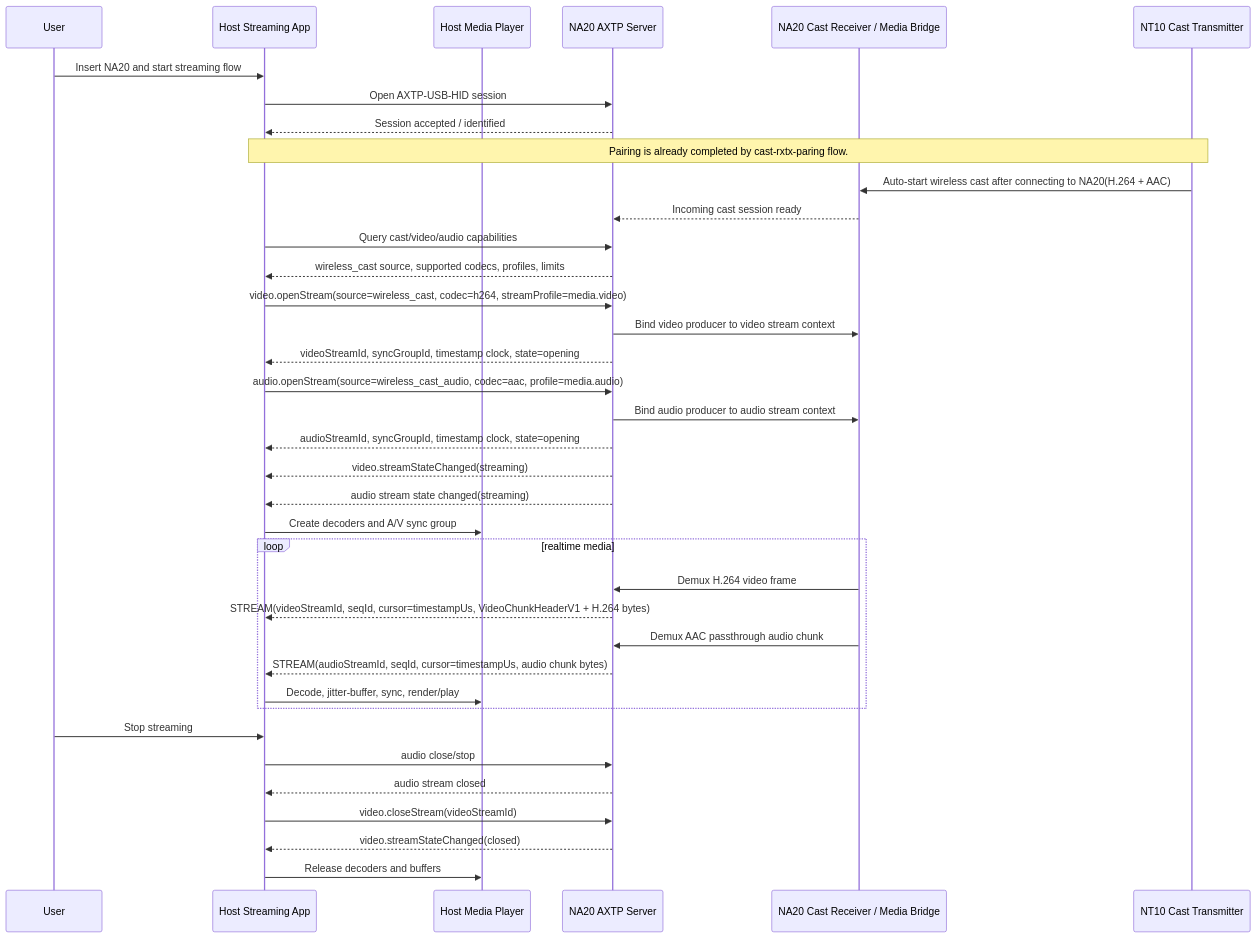
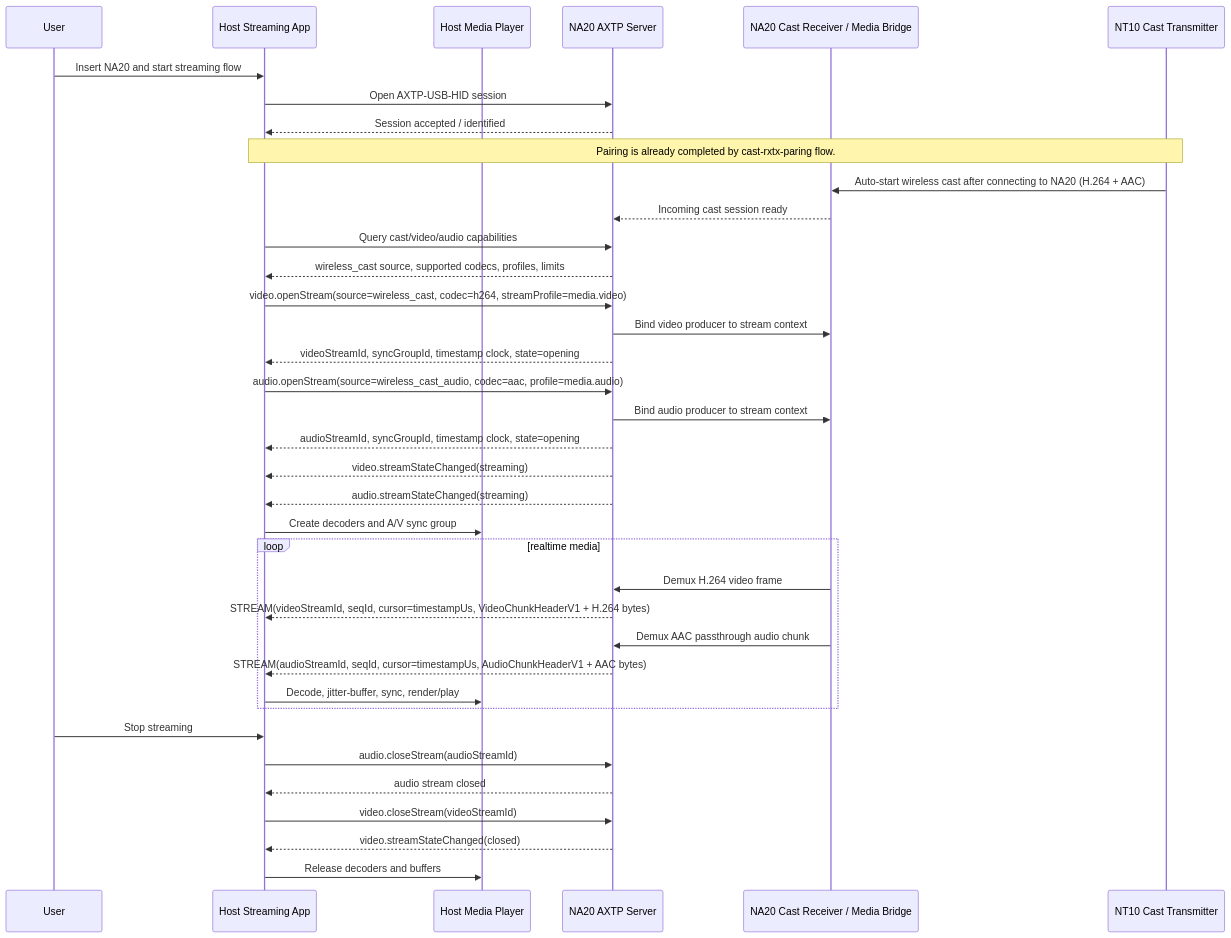
Before and after one commit to Mostorm-Labs/axtp: the diagram in docs/flows/device-streaming-audio-video.md, drawn with Mermaid. The commit also changed other lines of this file and 6 other files, not shown here.

Commit message:
docs: update flow plans to new template

````diff
--- a/docs/flows/device-streaming-audio-video.md
+++ b/docs/flows/device-streaming-audio-video.md
@@ -78,47 +117,47 @@
 ```mermaid
 sequenceDiagram
     participant User
     participant Host as Host Streaming App
     participant Player as Host Media Player
     participant NA20 as NA20 AXTP Server
     participant Bridge as NA20 Cast Receiver / Media Bridge
     participant NT10 as NT10 Cast Transmitter
 
     User->>Host: Insert NA20 and start streaming flow
     Host->>NA20: Open AXTP-USB-HID session
     NA20-->>Host: Session accepted / identified
 
     Note over Host,NT10: Pairing is already completed by cast-rxtx-paring flow.
-    NT10->>Bridge: Auto-start wireless cast after connecting to NA20(H.264 + AAC)
+    NT10->>Bridge: Auto-start wireless cast after connecting to NA20 (H.264 + AAC)
     Bridge-->>NA20: Incoming cast session ready
 
     Host->>NA20: Query cast/video/audio capabilities
     NA20-->>Host: wireless_cast source, supported codecs, profiles, limits
 
     Host->>NA20: video.openStream(source=wireless_cast, codec=h264, streamProfile=media.video)
-    NA20->>Bridge: Bind video producer to video stream context
+    NA20->>Bridge: Bind video producer to stream context
     NA20-->>Host: videoStreamId, syncGroupId, timestamp clock, state=opening
 
     Host->>NA20: audio.openStream(source=wireless_cast_audio, codec=aac, profile=media.audio)
-    NA20->>Bridge: Bind audio producer to audio stream context
+    NA20->>Bridge: Bind audio producer to stream context
     NA20-->>Host: audioStreamId, syncGroupId, timestamp clock, state=opening
 
     NA20-->>Host: video.streamStateChanged(streaming)
-    NA20-->>Host: audio stream state changed(streaming)
+    NA20-->>Host: audio.streamStateChanged(streaming)
     Host->>Player: Create decoders and A/V sync group
 
     loop realtime media
         Bridge->>NA20: Demux H.264 video frame
         NA20-->>Host: STREAM(videoStreamId, seqId, cursor=timestampUs, VideoChunkHeaderV1 + H.264 bytes)
         Bridge->>NA20: Demux AAC passthrough audio chunk
-        NA20-->>Host: STREAM(audioStreamId, seqId, cursor=timestampUs, audio chunk bytes)
+        NA20-->>Host: STREAM(audioStreamId, seqId, cursor=timestampUs, AudioChunkHeaderV1 + AAC bytes)
         Host->>Player: Decode, jitter-buffer, sync, render/play
     end
 
     User->>Host: Stop streaming
-    Host->>NA20: audio close/stop
+    Host->>NA20: audio.closeStream(audioStreamId)
     NA20-->>Host: audio stream closed
     Host->>NA20: video.closeStream(videoStreamId)
     NA20-->>Host: video.streamStateChanged(closed)
     Host->>Player: Release decoders and buffers
 ```
````
